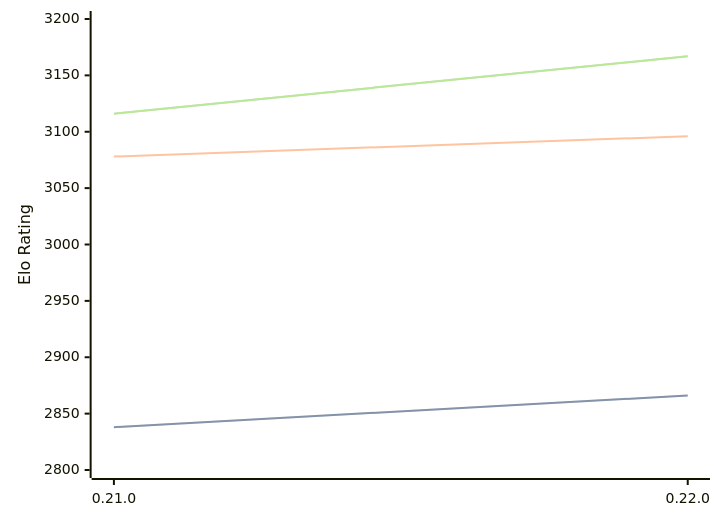
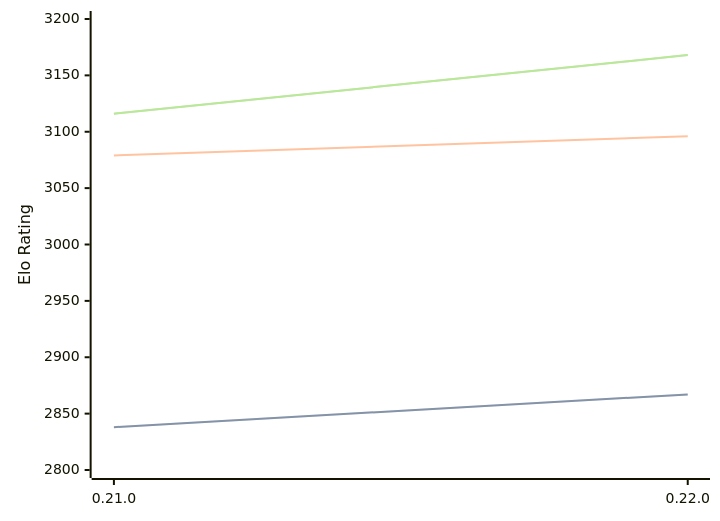
Before and after one commit to computer-chess-index/cci: the diagram in engines/Princhess.md, drawn with Mermaid. The commit also changed other lines of this file, not shown here.

Commit message:
Update CCI Ratings (ELO VLTC) - 2026-09-09

````diff
--- a/engines/Princhess.md
+++ b/engines/Princhess.md
@@ -32,11 +32,11 @@
 ```mermaid
 %%{init: {"theme":"base","themeVariables":{"seriesColors:['#a3a3a3','#222221','#faa371']}}}%%
 xychart-beta
   x-axis ["0.21.0", "0.22.0"]
   y-axis "Elo Rating" 2800 --> 3200
-  line "" [2838, 2866]
-  line "STC (8.0+0.08s)" [2838, 2866]
-  line "LTC (60.0+0.60s)" [3078, 3096]
-  line "" [3116, 3167]
-  line "VLTC (2m24s+1.12s)" [3116, 3167]
+  line "" [2838, 2867]
+  line "STC (8.0+0.08s)" [2838, 2867]
+  line "LTC (60.0+0.60s)" [3079, 3096]
+  line "" [3116, 3168]
+  line "VLTC (2m24s+1.12s)" [3116, 3168]
 ```
````
